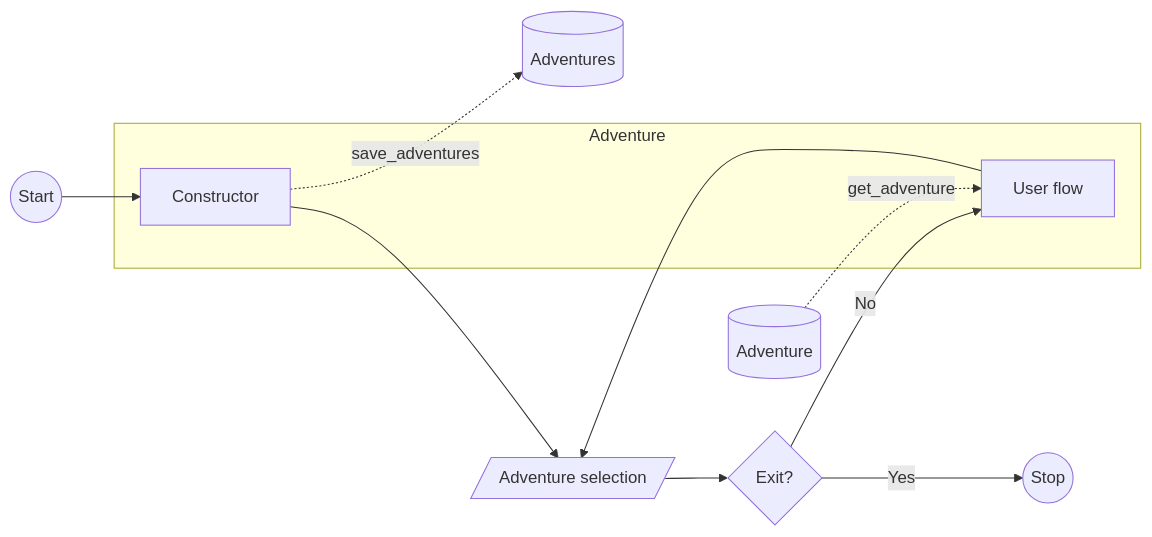
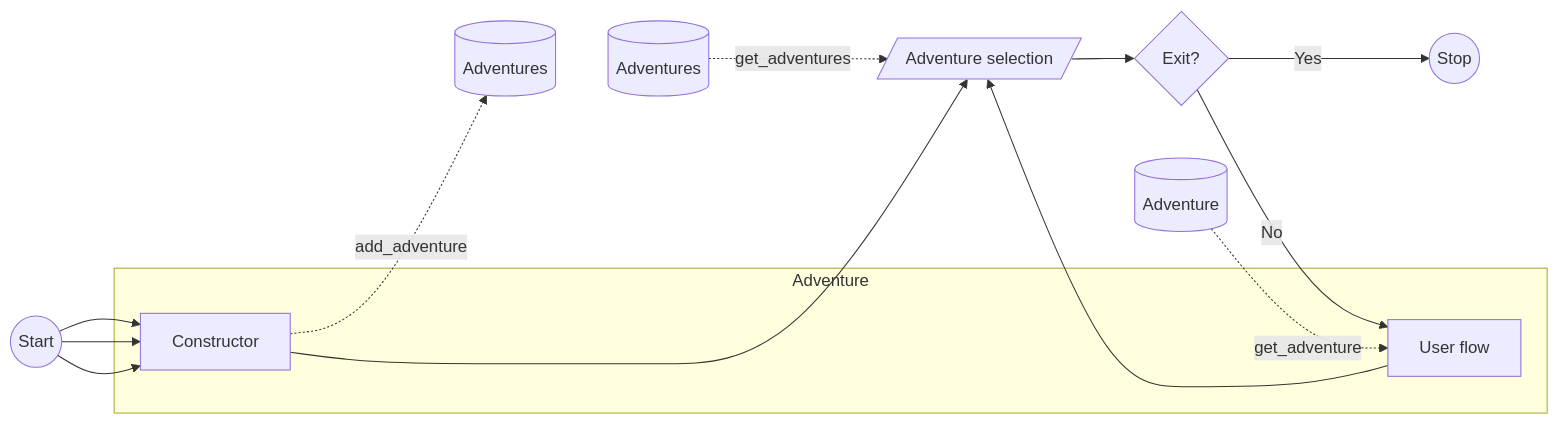
One commit to LioQing/verbose-adventure changed the first of 3 diagrams in README.md. Above: the diagram before and after it, drawn with Mermaid. The commit also changed 5 other files, not shown here.

````diff
--- a/README.md
+++ b/README.md
@@ -9,24 +9,29 @@
 ```mermaid
 flowchart LR
     start((Start))
     stop((Stop))
     adventuresDB[(Adventures)]
     adventureDB[(Adventure)]
+    adventuresDB1[(Adventures)]
     selection[/Adventure selection/]
     exitQ{Exit?}
 
     subgraph "Adventure"
         userflow[User flow]
         construct[Constructor]
     end
 
     start --> construct
-    construct -.save_adventures.-> adventuresDB
+    start --> construct
+    start --> construct
+    construct -.add_adventure.-> adventuresDB
+    adventuresDB ~~~ adventuresDB1
+    adventuresDB1 -.get_adventures.-> selection
     construct --> selection
     selection --> exitQ
 
     exitQ -- Yes --> stop
     adventureDB -.get_adventure.-> userflow
     exitQ -- No --> userflow
     userflow --> selection
 ```
````
